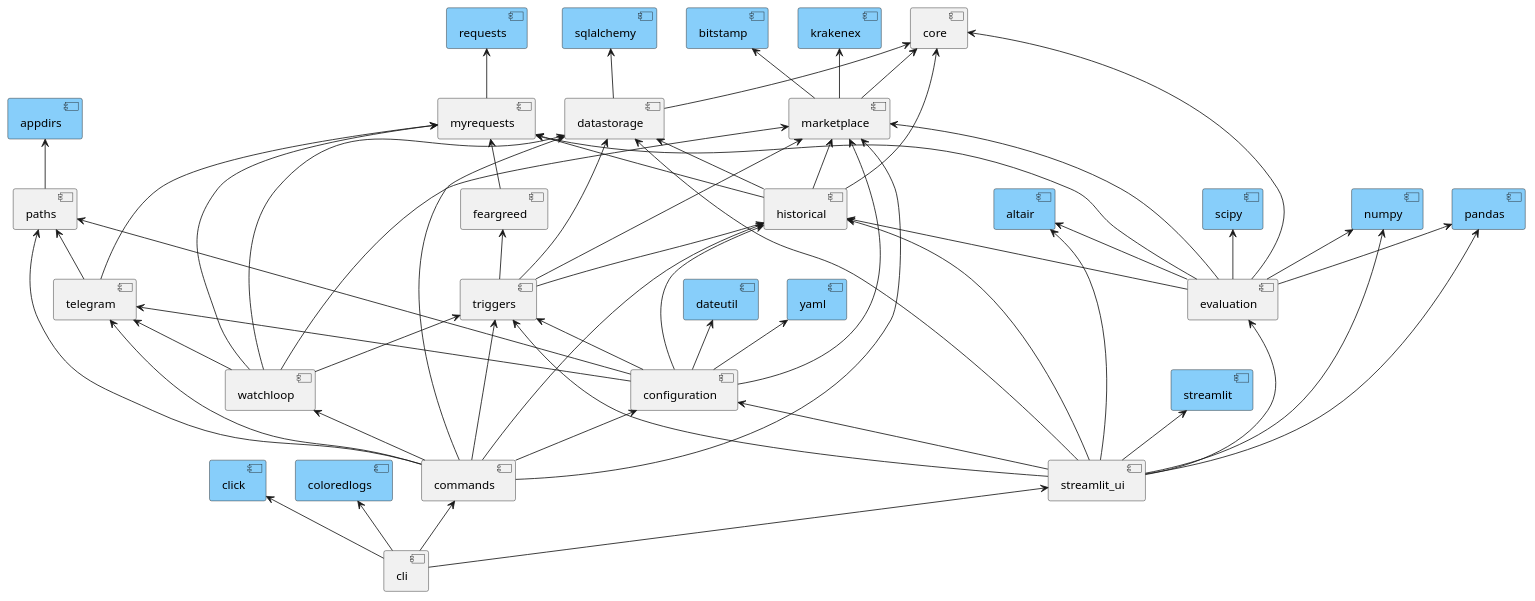
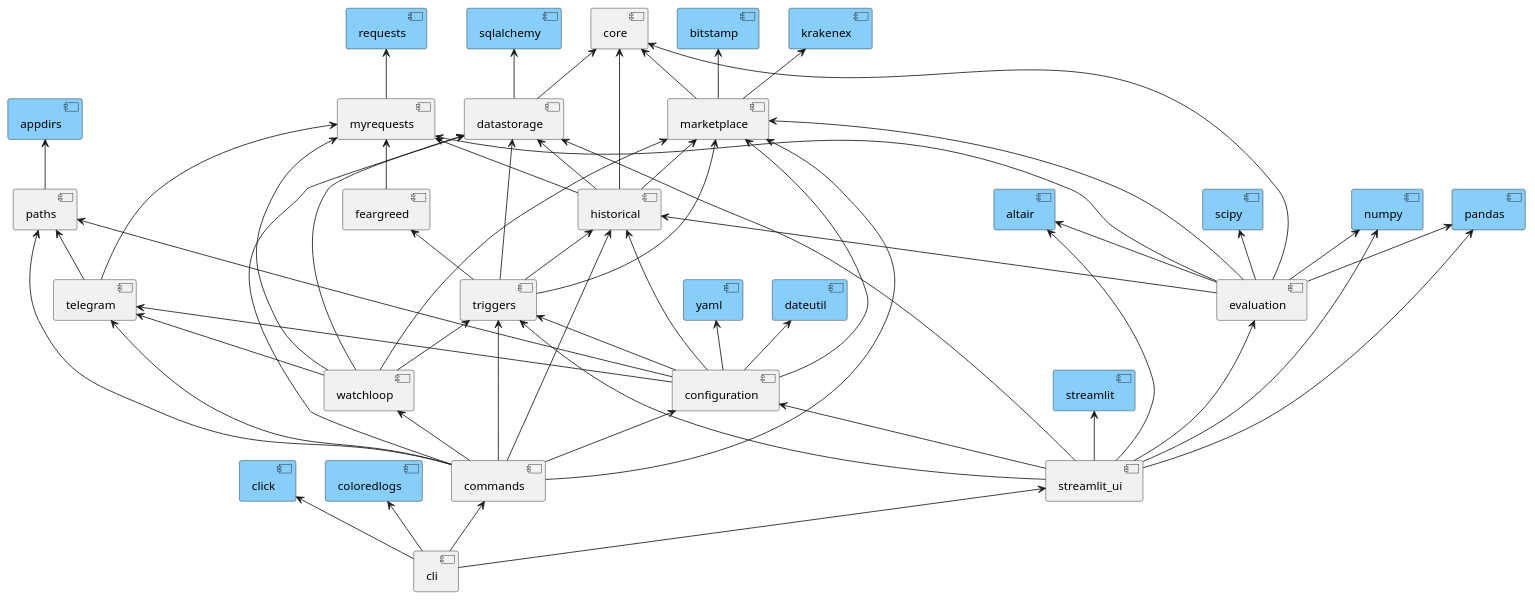
Before and after one commit to martin-ueding/vigilant-crypto-snatch: the diagram in docs/dev/graphs/_components.puml, drawn with PlantUML.

Commit message:
Remove dependency from graph

```diff
--- a/docs/dev/graphs/_components.puml
+++ b/docs/dev/graphs/_components.puml
@@ -1,107 +1,106 @@
 @startuml
 
 component altair #lightskyblue
 component appdirs #lightskyblue
 component bitstamp #lightskyblue
 component click #lightskyblue
 component coloredlogs #lightskyblue
 component dateutil #lightskyblue
 component krakenex #lightskyblue
 component numpy #lightskyblue
 component pandas #lightskyblue
 component requests #lightskyblue
 component scipy #lightskyblue
 component sqlalchemy #lightskyblue
 component streamlit #lightskyblue
 component yaml #lightskyblue
 
 component cli
 component commands
 component configuration
 component core
 component datastorage
 component evaluation
 component feargreed
 component historical
 component marketplace
 component myrequests
 component paths
 component streamlit_ui
 component telegram
 component triggers
 component watchloop
 
 coloredlogs <-- cli
 commands <-- cli
 streamlit_ui <-- cli
 click <-- cli
 
 configuration <-- commands
 datastorage <-- commands
 historical <-- commands
 marketplace <-- commands
 paths <-- commands
 telegram <-- commands
 triggers <-- commands
 watchloop <-- commands
 
 dateutil <-- configuration
 historical <-- configuration
 marketplace <-- configuration
 paths <-- configuration
 telegram <-- configuration
 triggers <-- configuration
 yaml <-- configuration
 
 core <-- datastorage
 sqlalchemy <-- datastorage
 
 core <-- evaluation
 historical <-- evaluation
 marketplace <-- evaluation
 myrequests <-- evaluation
 numpy <-- evaluation
 pandas <-- evaluation
 scipy <-- evaluation
 altair <-- evaluation
 
 myrequests <-- feargreed
 
 core <-- historical
 datastorage <-- historical
 marketplace <-- historical
 myrequests <-- historical
 
 bitstamp <-- marketplace
 core <-- marketplace
 krakenex <-- marketplace
 
 requests <-- myrequests
 
 appdirs <-- paths
 
 altair <-- streamlit_ui
 evaluation <-- streamlit_ui
 configuration <-- streamlit_ui
 datastorage <-- streamlit_ui
-historical <-- streamlit_ui
 triggers <-- streamlit_ui
 streamlit <-- streamlit_ui
 numpy <-- streamlit_ui
 pandas <-- streamlit_ui
 
 myrequests <-- telegram
 paths <-- telegram
 
 datastorage <-- triggers
 feargreed <-- triggers
 historical <-- triggers
 marketplace <-- triggers
 
 datastorage <-- watchloop
 marketplace <-- watchloop
 myrequests <-- watchloop
 telegram <-- watchloop
 triggers <-- watchloop
 
 @enduml
```
